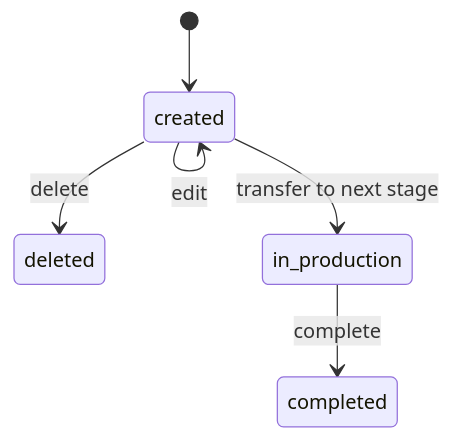
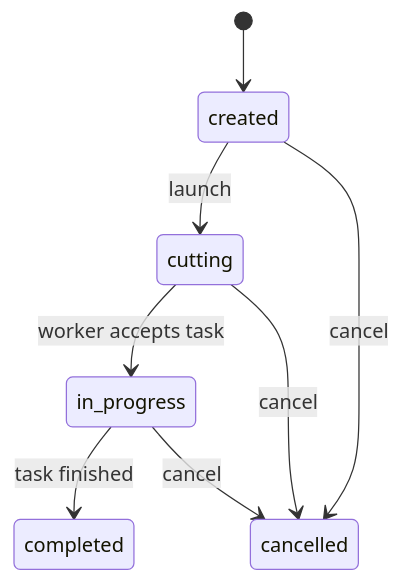
One commit to yobozavrik/shveyka_v2 changed the second of 3 diagrams in crm/docs/production/manufacturing-process.md. Above: the diagram before and after it, drawn with Mermaid. The commit also changed other lines of this file and 5 other files, not shown here.

Commit message:
Document CRM and worker API architecture

````diff
--- a/crm/docs/production/manufacturing-process.md
+++ b/crm/docs/production/manufacturing-process.md
@@ -47,8 +41,10 @@
 ```mermaid
 stateDiagram-v2
-    [*] --> created
-    created --> created: edit
-    created --> deleted: delete
-    created --> in_production: transfer to next stage
-    in_production --> completed: complete
+  [*] --> created
+  created --> cutting: launch
+  cutting --> in_progress: worker accepts task
+  in_progress --> completed: task finished
+  created --> cancelled: cancel
+  cutting --> cancelled: cancel
+  in_progress --> cancelled: cancel
 ```
````
